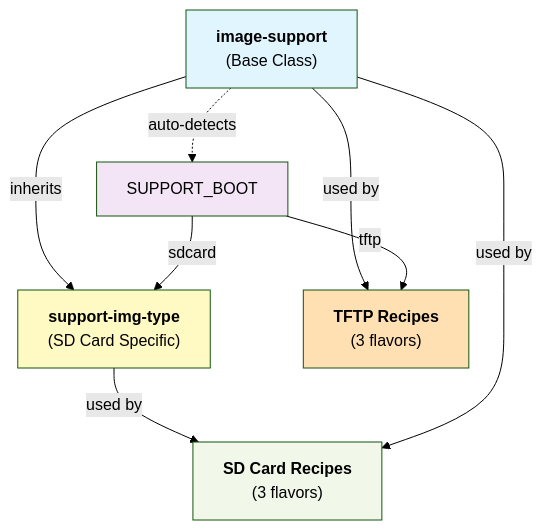
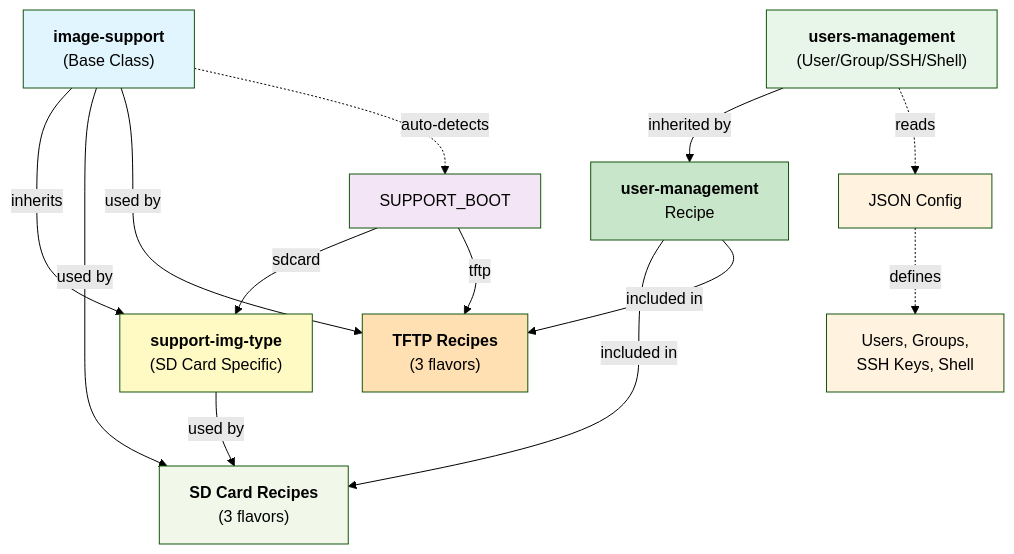
Before and after one commit to minkosimon/meta-raspberrypi-simpat: the first of 5 diagrams in classes/README-CLASS.md, drawn with Mermaid (forest theme). The commit also changed other lines of this file and 1 other file, not shown here.

````diff
--- a/classes/README-CLASS.md
+++ b/classes/README-CLASS.md
@@ -16,22 +17,34 @@
 ```mermaid
 graph TD
     A["<b>image-support</b><br/>(Base Class)"]
     B["<b>support-img-type</b><br/>(SD Card Specific)"]
+    UM["<b>users-management</b><br/>(User/Group/SSH/Shell)"]
     C["<b>SD Card Recipes</b><br/>(3 flavors)"]
     D["<b>TFTP Recipes</b><br/>(3 flavors)"]
+    E["<b>user-management</b><br/>Recipe"]
     
     A -->|"inherits"| B
     B -->|"used by"| C
     A -->|"used by"| C
     A -->|"used by"| D
+    UM -->|"inherited by"| E
+    E -->|"included in"| C
+    E -->|"included in"| D
     
-    A -.->|auto-detects| E["SUPPORT_BOOT"]
-    E -->|"sdcard"| B
-    E -->|"tftp"| D
+    A -.->|auto-detects| F["SUPPORT_BOOT"]
+    F -->|"sdcard"| B
+    F -->|"tftp"| D
+    
+    UM -.->|reads| G["JSON Config"]
+    G -.->|defines| H["Users, Groups,<br/>SSH Keys, Shell"]
     
     style A fill:#e1f5ff
     style B fill:#fff9c4
+    style UM fill:#e8f5e9
     style C fill:#f1f8e9
     style D fill:#ffe0b2
-    style E fill:#f3e5f5
+    style E fill:#c8e6c9
+    style F fill:#f3e5f5
+    style G fill:#fff3e0
+    style H fill:#fff3e0
 ```
````
